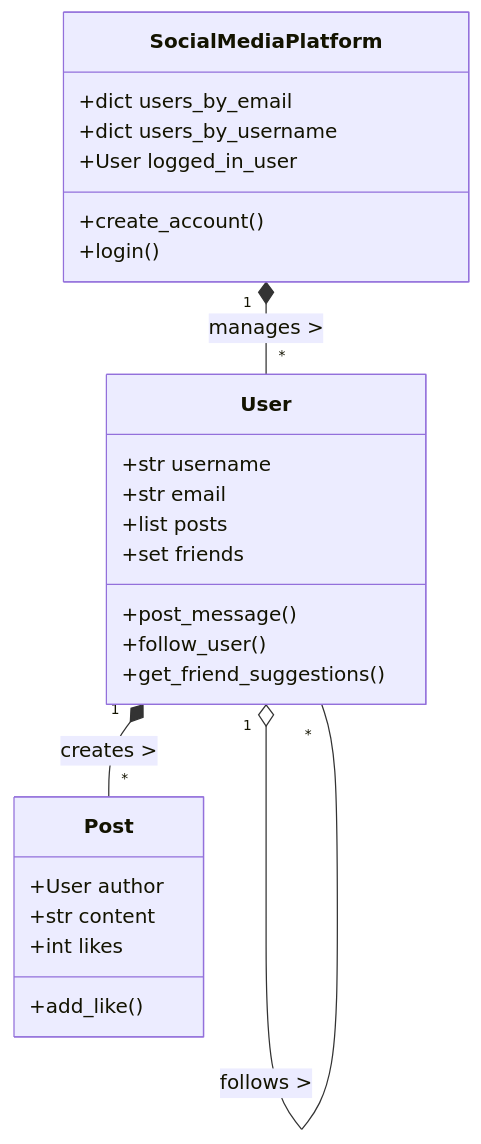
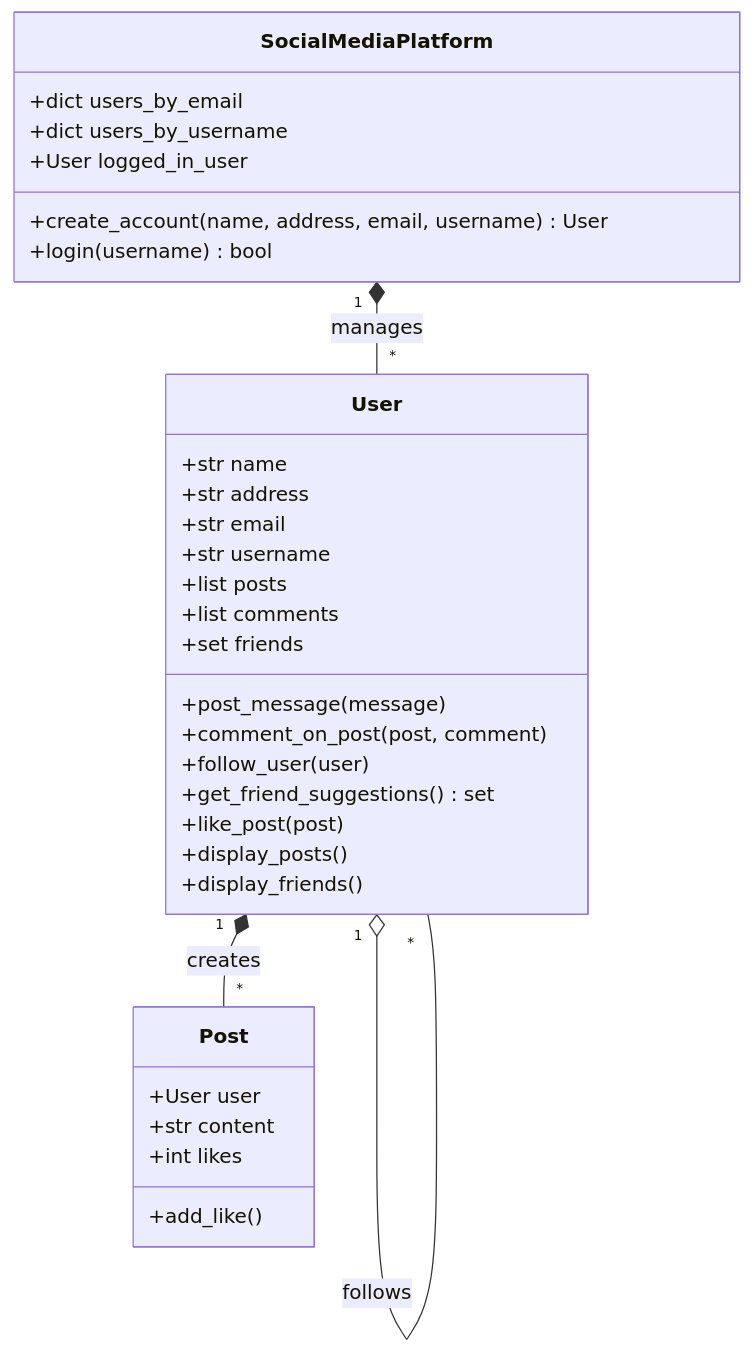
One commit to SukeshShetty1010/Social_Media_Platform changed the diagram in README.md. Above: the diagram before and after it, drawn with Mermaid.

Commit message:
RDME UPG

````diff
--- a/README.md
+++ b/README.md
@@ -37,29 +37,36 @@
 ```mermaid
 classDiagram
     class SocialMediaPlatform {
         +dict users_by_email
         +dict users_by_username
         +User logged_in_user
-        +create_account()
-        +login()
+        +create_account(name, address, email, username) User
+        +login(username) bool
     }
     class User {
+        +str name
+        +str address
+        +str email
         +str username
-        +str email
         +list posts
+        +list comments
         +set friends
-        +post_message()
-        +follow_user()
-        +get_friend_suggestions()
+        +post_message(message)
+        +comment_on_post(post, comment)
+        +follow_user(user)
+        +get_friend_suggestions() set
+        +like_post(post)
+        +display_posts()
+        +display_friends()
     }
     class Post {
-        +User author
+        +User user
         +str content
         +int likes
         +add_like()
     }
 
-    SocialMediaPlatform "1" *-- "*" User : manages >
-    User "1" *-- "*" Post : creates >
-    User "1" o-- "*" User : follows >
+    SocialMediaPlatform "1" *-- "*" User : manages
+    User "1" *-- "*" Post : creates
+    User "1" o-- "*" User : follows
 ```
````
